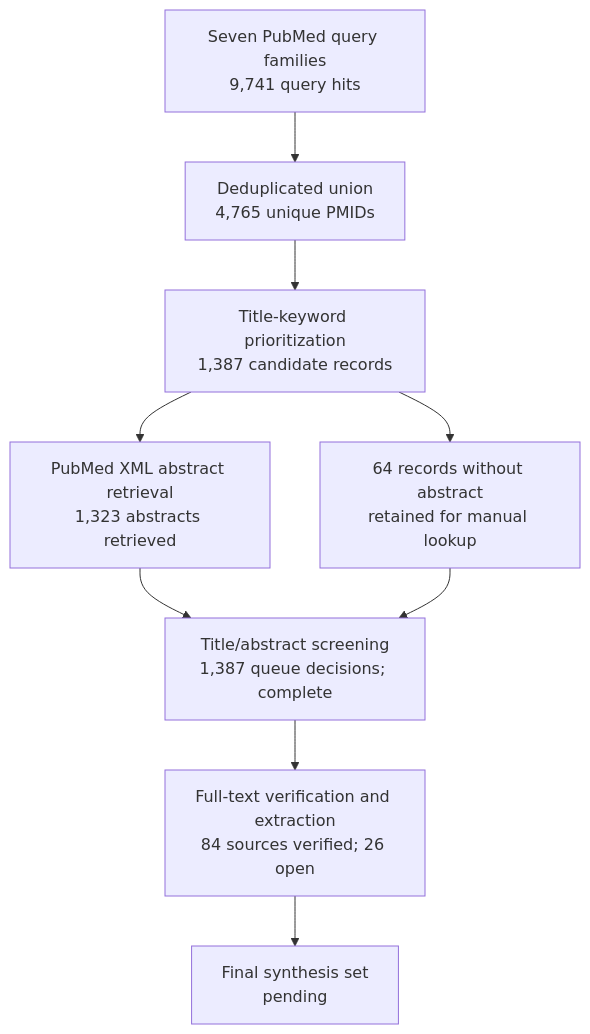
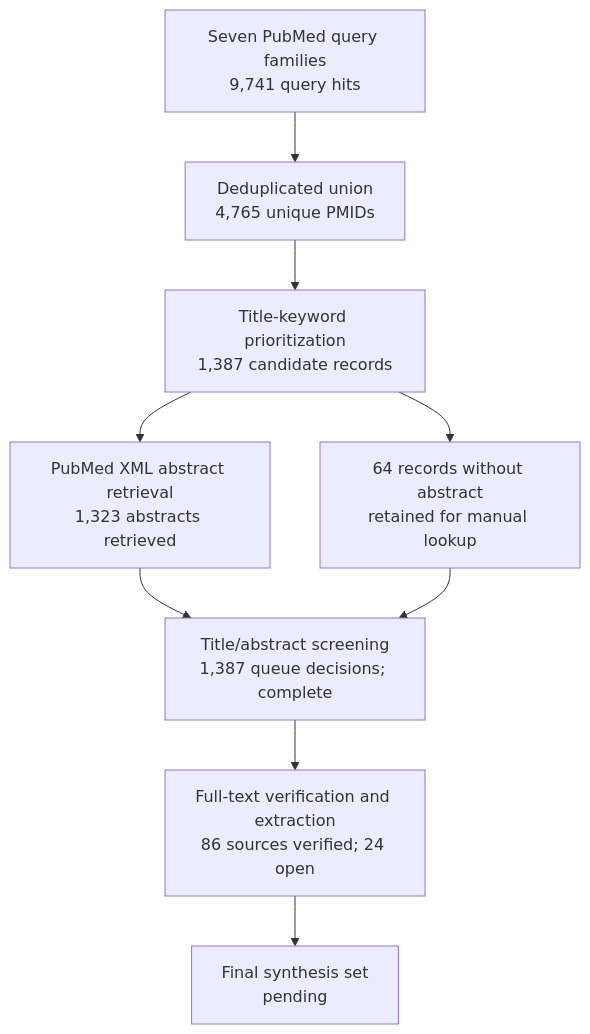
One commit to dcmcshan/artemisia changed the diagram in manuscript/review-flow.md. Above: the diagram before and after it, drawn with Mermaid. The commit also changed other lines of this file and 16 other files, not shown here.

````diff
--- a/manuscript/review-flow.md
+++ b/manuscript/review-flow.md
@@ -5,11 +5,11 @@
 ```mermaid
 flowchart TB
   Q[Seven PubMed query families<br/>9,741 query hits] --> U[Deduplicated union<br/>4,765 unique PMIDs]
   U --> T[Title-keyword prioritization<br/>1,387 candidate records]
   T --> A[PubMed XML abstract retrieval<br/>1,323 abstracts retrieved]
   T --> N[64 records without abstract<br/>retained for manual lookup]
   A --> M[Title/abstract screening<br/>1,387 queue decisions; complete]
   N --> M
-  M --> F[Full-text verification and extraction<br/>84 sources verified; 26 open]
+  M --> F[Full-text verification and extraction<br/>86 sources verified; 24 open]
   F --> S[Final synthesis set<br/>pending]
 ```
````
